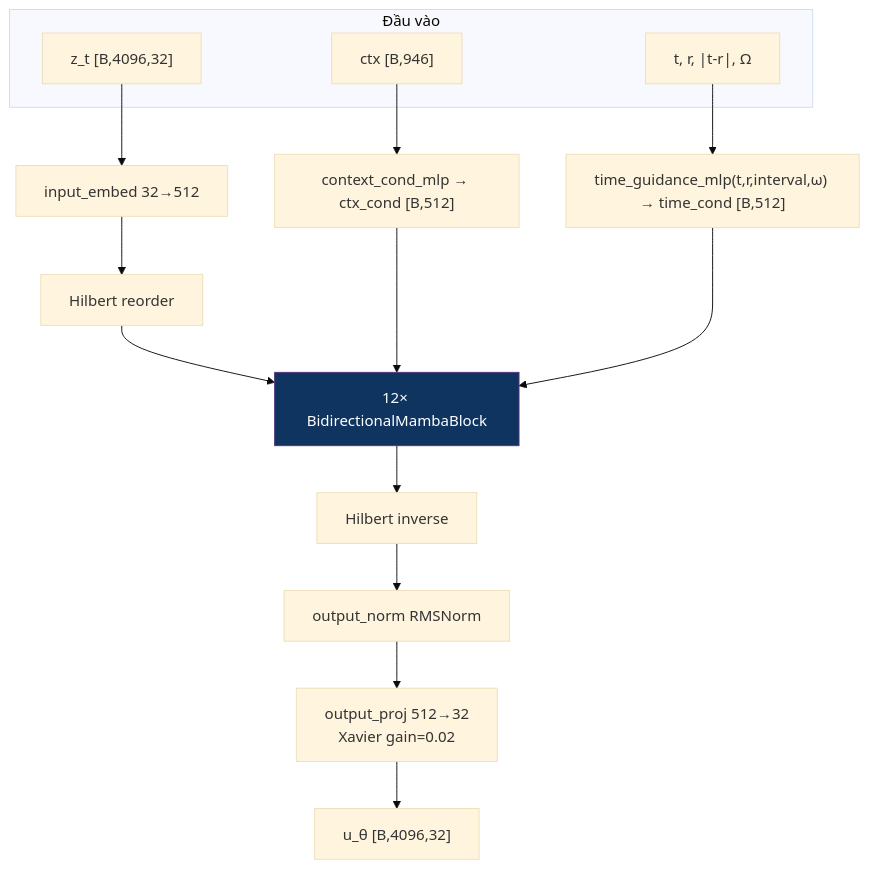
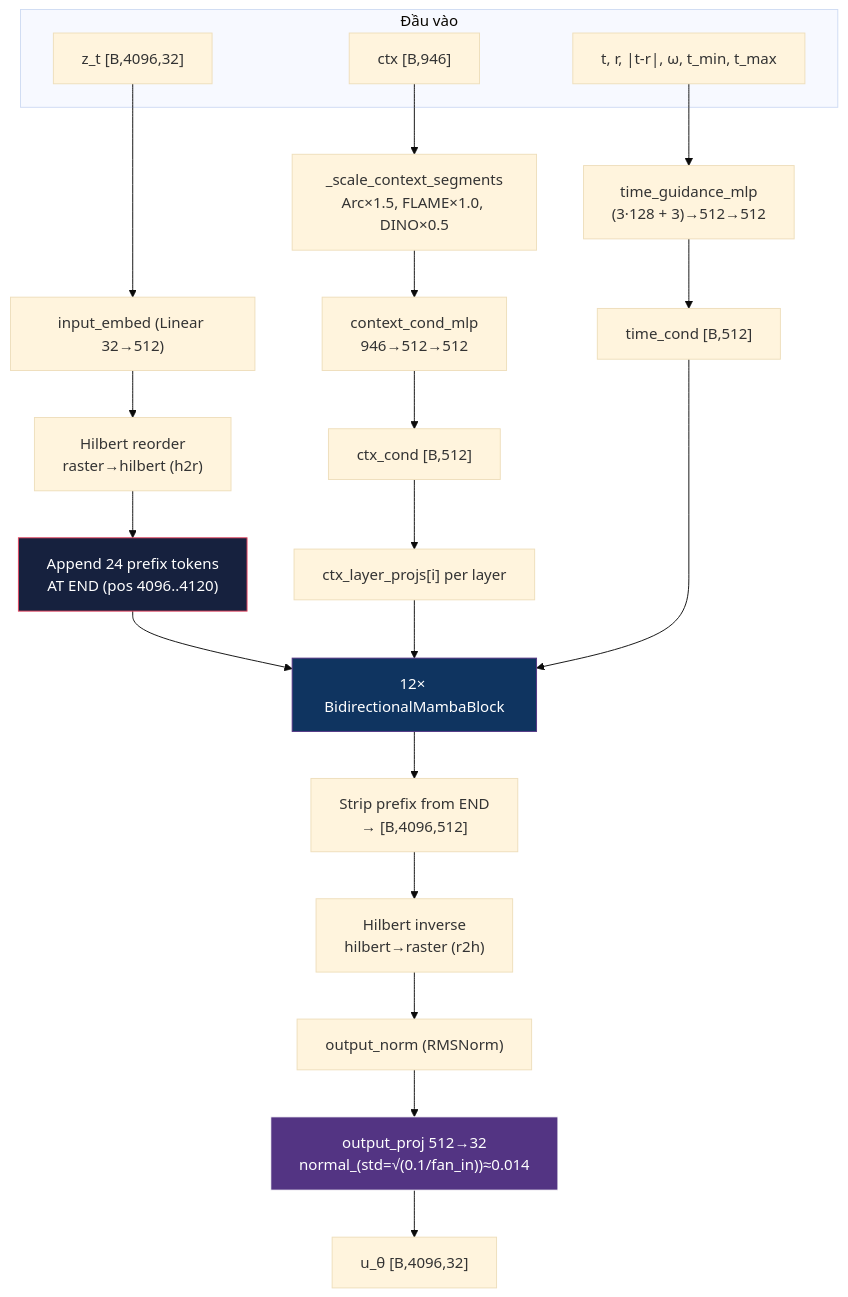
One commit to HoangNguyennnnnnn/DATN changed the first of 2 diagrams in Bao_cao_FaceDiff_ChiTiet.md. Above: the diagram before and after it, drawn with Mermaid (base theme). The commit also changed other lines of this file, not shown here.

First line of the commit message:
docs: update FaceDiff report with VoxelMamba v7 details and training status

````diff
--- a/Bao_cao_FaceDiff_ChiTiet.md
+++ b/Bao_cao_FaceDiff_ChiTiet.md
@@ -682,25 +696,34 @@
 ```mermaid
 graph TD
     subgraph INPUTS["Đầu vào"]
         Z["z_t [B,4096,32]"]
         CTX["ctx [B,946]"]
-        T["t, r, |t-r|, Ω"]
+        T["t, r, |t-r|, ω, t_min, t_max"]
     end
 
-    Z --> EMB["input_embed 32→512"]
-    EMB --> HIL["Hilbert reorder"]
+    Z --> EMB["input_embed (Linear 32→512)"]
+    EMB --> HIL["Hilbert reorder<br/>raster→hilbert (h2r)"]
 
-    CTX --> CTXMLP["context_cond_mlp → ctx_cond [B,512]"]
-    T --> TIMEMLP["time_guidance_mlp(t,r,interval,ω) → time_cond [B,512]"]
+    CTX --> SCALE["_scale_context_segments<br/>Arc×1.5, FLAME×1.0, DINO×0.5"]
+    SCALE --> CTXMLP["context_cond_mlp<br/>946→512→512"]
+    CTXMLP --> CTXCOND["ctx_cond [B,512]"]
 
-    HIL --> STACK["12× BidirectionalMambaBlock"]
-    CTXMLP --> STACK
-    TIMEMLP --> STACK
+    T --> TIMEMLP["time_guidance_mlp<br/>(3·128 + 3)→512→512"]
+    TIMEMLP --> TIMECOND["time_cond [B,512]"]
 
-    STACK --> HILINV["Hilbert inverse"]
-    HILINV --> OUTN["output_norm RMSNorm"]
-    OUTN --> OUTP["output_proj 512→32<br/>Xavier gain=0.02"]
+    HIL --> PREP["Append 24 prefix tokens<br/>AT END (pos 4096..4120)"]
+    PREP --> STACK["12× BidirectionalMambaBlock"]
+    CTXCOND --> CTXPROJ["ctx_layer_projs[i] per layer"]
+    CTXPROJ --> STACK
+    TIMECOND --> STACK
+
+    STACK --> STRIP["Strip prefix from END<br/>→ [B,4096,512]"]
+    STRIP --> HILINV["Hilbert inverse<br/>hilbert→raster (r2h)"]
+    HILINV --> OUTN["output_norm (RMSNorm)"]
+    OUTN --> OUTP["output_proj 512→32<br/>normal_(std=√(0.1/fan_in))≈0.014"]
     OUTP --> U["u_θ [B,4096,32]"]
 
     style STACK fill:#0f3460,stroke:#533483,color:#fff
+    style PREP fill:#16213e,stroke:#e94560,color:#fff
+    style OUTP fill:#533483,stroke:#fff,color:#fff
 ```
````
